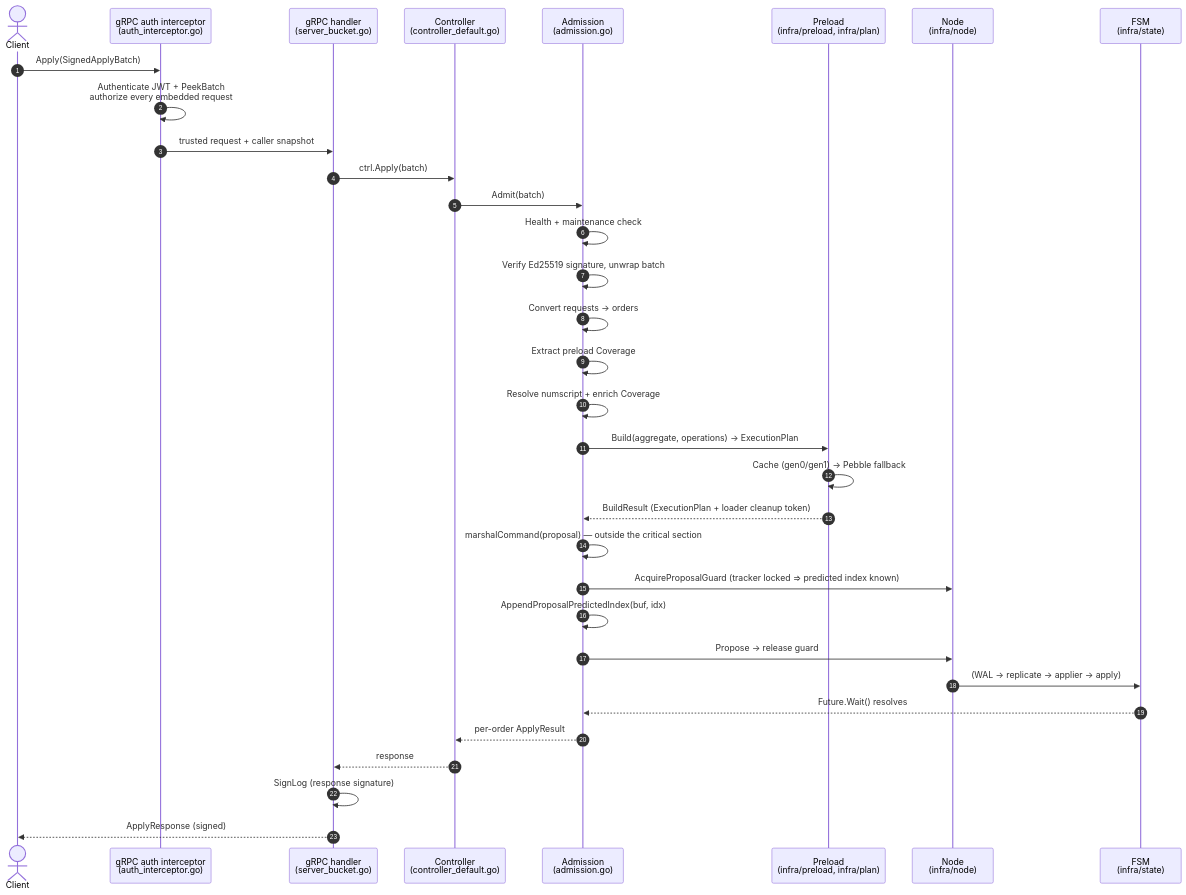
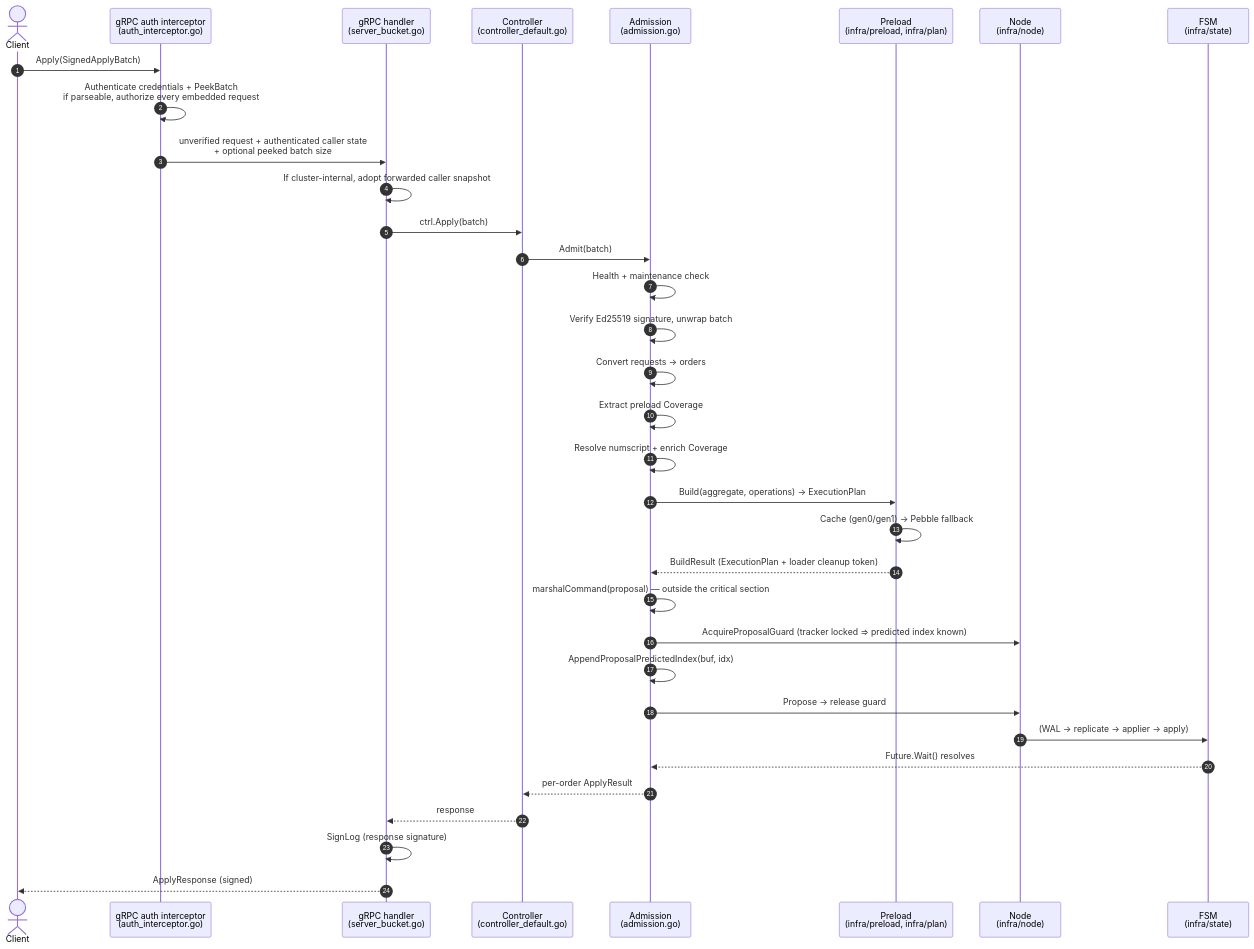
One commit to formancehq/ledger changed the diagram in docs/technical/architecture/subsystems/admission/pipeline.md. Above: the diagram before and after it, drawn with Mermaid. The commit also changed other lines of this file, not shown here.

````diff
--- a/docs/technical/architecture/subsystems/admission/pipeline.md
+++ b/docs/technical/architecture/subsystems/admission/pipeline.md
@@ -9,36 +9,37 @@
 ```mermaid
 sequenceDiagram
     autonumber
     actor C as Client
     participant I as gRPC auth interceptor<br/>(auth_interceptor.go)
     participant G as gRPC handler<br/>(server_bucket.go)
     participant Ctrl as Controller<br/>(controller_default.go)
     participant A as Admission<br/>(admission.go)
     participant Pre as Preload<br/>(infra/preload, infra/plan)
     participant N as Node<br/>(infra/node)
     participant FSM as FSM<br/>(infra/state)
 
     C->>I: Apply(SignedApplyBatch)
-    I->>I: Authenticate JWT + PeekBatch<br/>authorize every embedded request
-    I->>G: trusted request + caller snapshot
+    I->>I: Authenticate credentials + PeekBatch<br/>if parseable, authorize every embedded request
+    I->>G: unverified request + authenticated caller state<br/>+ optional peeked batch size
+    G->>G: If cluster-internal, adopt forwarded caller snapshot
     G->>Ctrl: ctrl.Apply(batch)
     Ctrl->>A: Admit(batch)
     A->>A: Health + maintenance check
     A->>A: Verify Ed25519 signature, unwrap batch
     A->>A: Convert requests → orders
     A->>A: Extract preload Coverage
     A->>A: Resolve numscript + enrich Coverage
     A->>Pre: Build(aggregate, operations) → ExecutionPlan
     Pre->>Pre: Cache (gen0/gen1) → Pebble fallback
     Pre-->>A: BuildResult (ExecutionPlan + loader cleanup token)
     A->>A: marshalCommand(proposal) — outside the critical section
     A->>N: AcquireProposalGuard (tracker locked ⇒ predicted index known)
     A->>A: AppendProposalPredictedIndex(buf, idx)
     A->>N: Propose → release guard
     N->>FSM: (WAL → replicate → applier → apply)
     FSM-->>A: Future.Wait() resolves
     A-->>Ctrl: per-order ApplyResult
     Ctrl-->>G: response
     G->>G: SignLog (response signature)
     G-->>C: ApplyResponse (signed)
 ```
````
